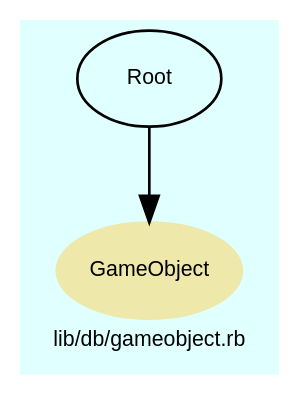
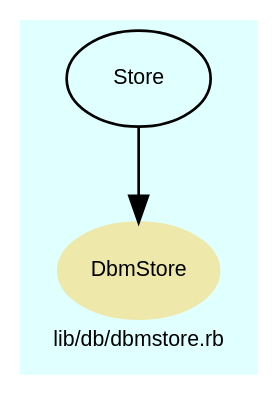
Before and after one commit to Tyche/teensymud: the diagram in doc/dot/f_37.dot, drawn with Graphviz. The commit also changed 198 other files, not shown here.

```diff
--- a/doc/dot/f_37.dot
+++ b/doc/dot/f_37.dot
@@ -1,31 +1,31 @@
 digraph TopLevel {
     compound = true
     bgcolor = lightcyan1
     fontname = Arial
     fontsize = 8
-    label = "lib/db/gameobject.rb"
+    label = "lib/db/dbmstore.rb"
     node [
         fontname = Arial,
         fontsize = 8,
         color = black
     ]
 
-    GameObject [
+    DbmStore [
         fontcolor = black,
-        URL = "classes/GameObject.html",
+        URL = "classes/DbmStore.html",
         shape = ellipse,
         color = palegoldenrod,
         style = filled,
-        label = "GameObject"
+        label = "DbmStore"
     ]
 
-    Root [
-        URL = "classes/Root.html",
-        label = "Root"
+    Store [
+        URL = "classes/Store.html",
+        label = "Store"
     ]
 
-    Root -> GameObject [
+    Store -> DbmStore [
 
     ]
 
 }
```
